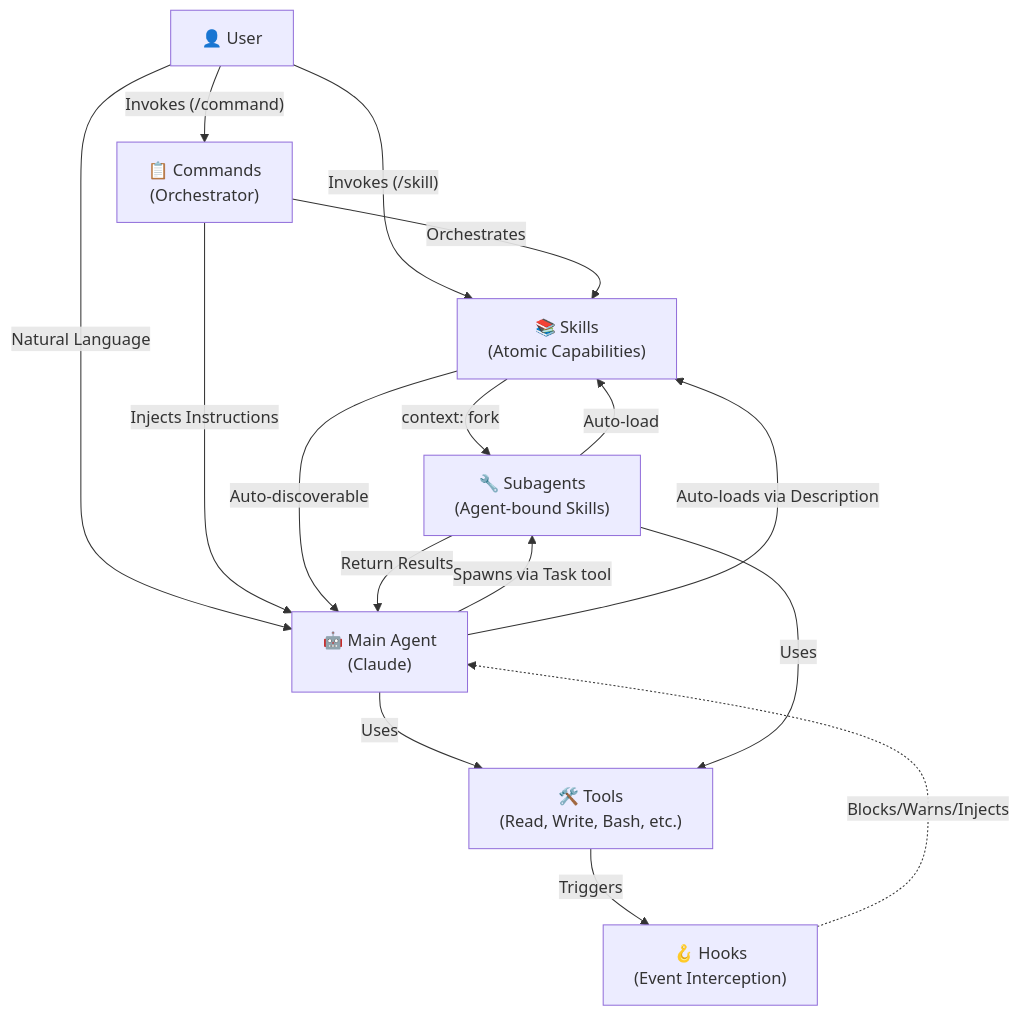
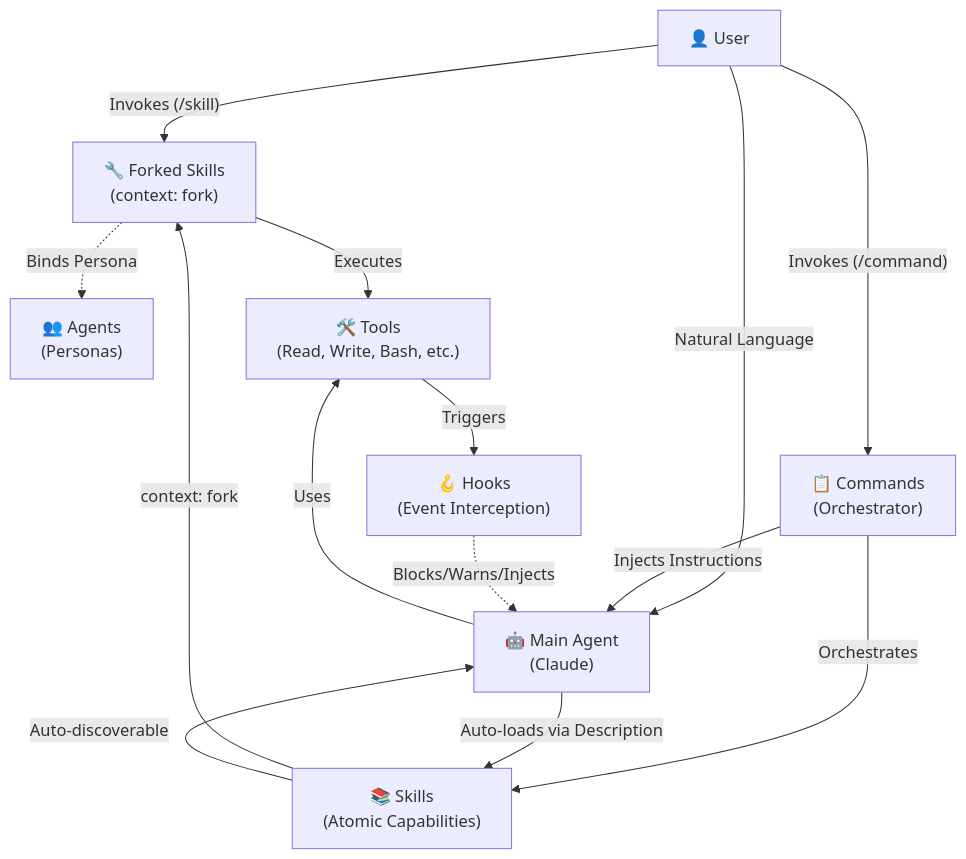
Before and after one commit to Git-Fg/thecattoolkit: the diagram in CLAUDE.md, drawn with Mermaid. The commit also changed other lines of this file and 21 other files, not shown here.

````diff
--- a/CLAUDE.md
+++ b/CLAUDE.md
@@ -552,31 +557,29 @@
 ```mermaid
 graph TB
     User["👤 User"]
     MainAgent["🤖 Main Agent<br/>(Claude)"]
     Commands["📋 Commands<br/>(Orchestrator)"]
-    Subagents["🔧 Subagents<br/>(Agent-bound Skills)"]
+    ForkedSkills["🔧 Forked Skills<br/>(context: fork)"]
     Skills["📚 Skills<br/>(Atomic Capabilities)"]
+    Agents["👥 Agents<br/>(Personas)"]
     Tools["🛠️ Tools<br/>(Read, Write, Bash, etc.)"]
     Hooks["🪝 Hooks<br/>(Event Interception)"]
 
-    User -->|"Invokes (/skill)"| Skills
+    User -->|"Invokes (/skill)"| ForkedSkills
     User -->|"Invokes (/command)"| Commands
     User -->|"Natural Language"| MainAgent
 
     Commands -->|"Orchestrates"| Skills
     Commands -->|"Injects Instructions"| MainAgent
 
-    MainAgent -->|"Spawns via Task tool"| Subagents
     MainAgent -->|"Auto-loads via Description"| Skills
     MainAgent -->|"Uses"| Tools
 
-    Skills -->|"context: fork"| Subagents
+    Skills -->|"context: fork"| ForkedSkills
+    ForkedSkills -.->|"Binds Persona"| Agents
+    ForkedSkills -->|"Executes"| Tools
     Skills -->|"Auto-discoverable"| MainAgent
-
-    Subagents -->|"Return Results"| MainAgent
-    Subagents -->|"Auto-load"| Skills
-    Subagents -->|"Uses"| Tools
 
     Tools -->|"Triggers"| Hooks
     Hooks -.->|"Blocks/Warns/Injects"| MainAgent
 ```
````
